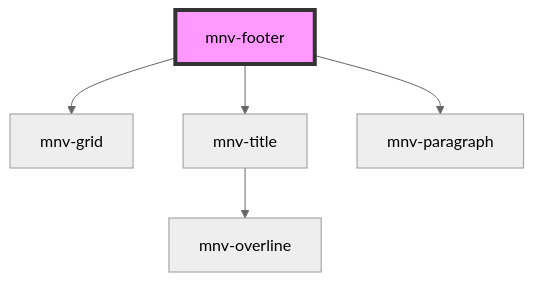
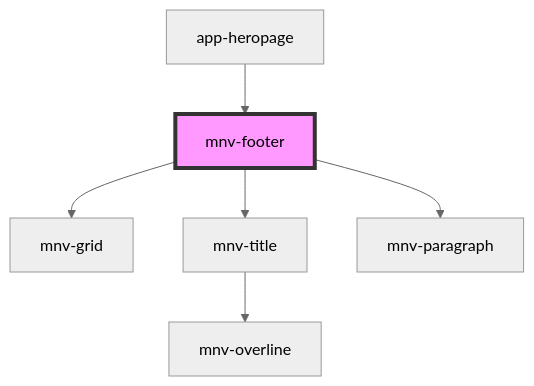
Before and after one commit to rafaela-vairo/ufrj-sustainable: the diagram in src/components/sections/mnv-footer/readme.md, drawn with Mermaid (neutral theme). The commit also changed other lines of this file and 2 other files, not shown here.

````diff
--- a/src/components/sections/mnv-footer/readme.md
+++ b/src/components/sections/mnv-footer/readme.md
@@ -24,8 +28,9 @@
 ```mermaid
 graph TD;
   mnv-footer --> mnv-grid
   mnv-footer --> mnv-title
   mnv-footer --> mnv-paragraph
   mnv-title --> mnv-overline
+  app-heropage --> mnv-footer
   style mnv-footer fill:#f9f,stroke:#333,stroke-width:4px
 ```
````
